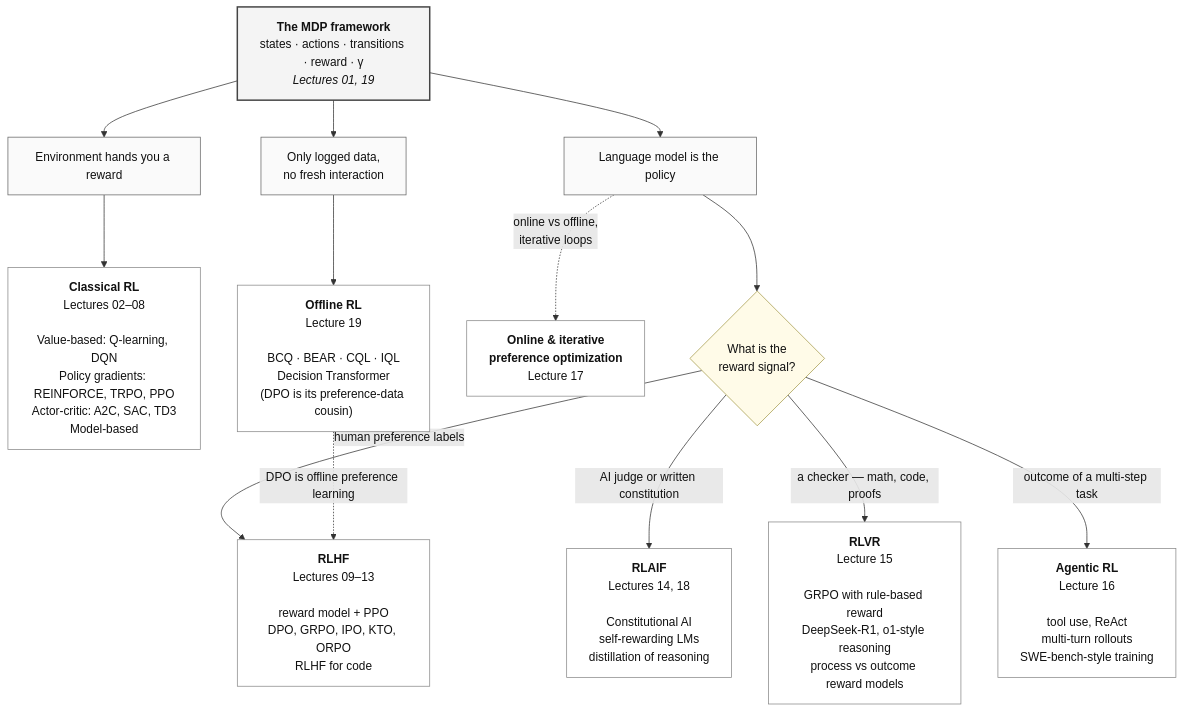
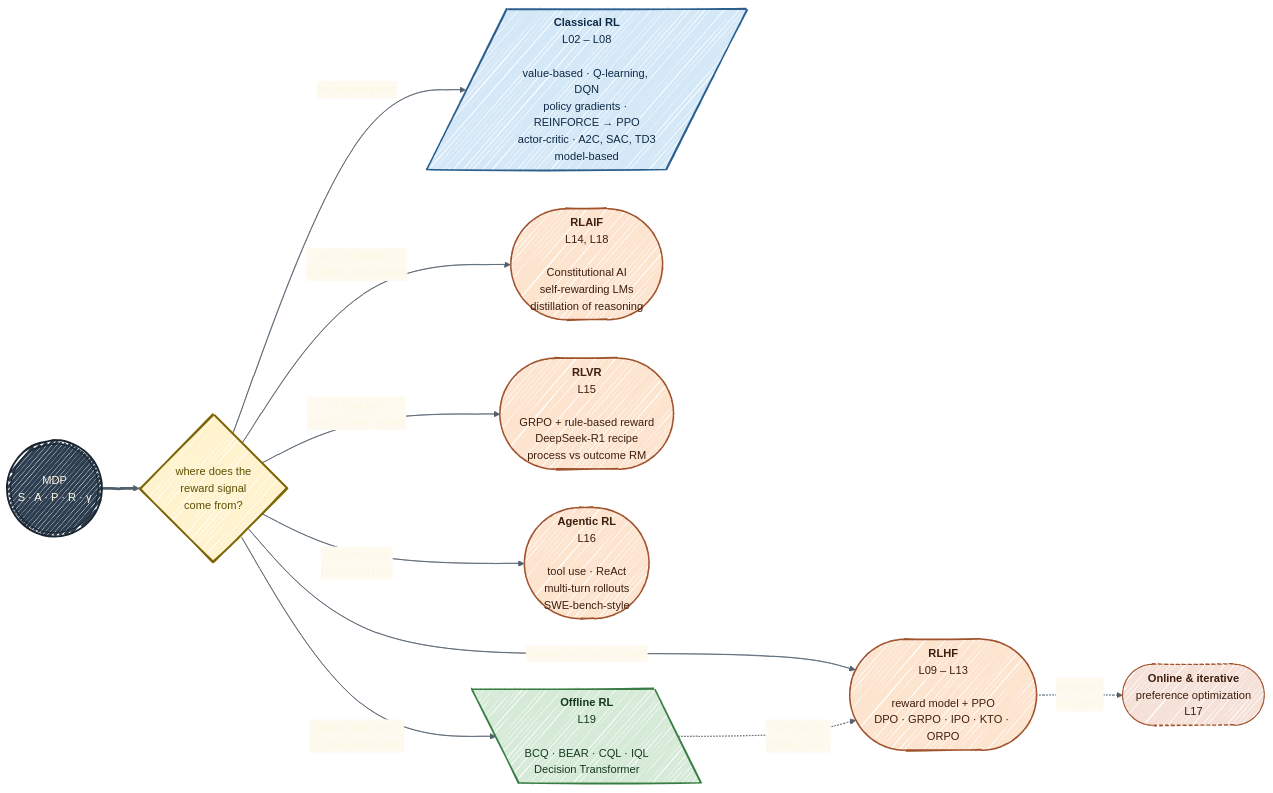
The diagram in readme.md (0bserver07/Study-Reinforcement-Learning), drawn with Mermaid before and after one commit.

Commit message:
readme: redesign the landscape mermaid (hand-drawn look, real shapes, color)
Drops the boring corporate flowchart for something that actually looks
like a diagram a person might draw on a whiteboard.

Changes:
- mermaid `look: handDrawn` for the sketch aesthetic
- shape variety that means something — triple-circle for the MDP root,
  diamond for the central "where's the reward signal?" question,
  trapezoid for classical RL (different mode), stadiums for the LLM-RL
  families, reverse trapezoid for offline
- earth-tone palette (cream / terracotta / sage / ochre) — colors carry
  meaning per mode, not random
- arrow labels carry the framing ("the environment", "human preference
  labels", "a checker — math · code · proofs", etc.) instead of all
  routing through a generic "reward source" node label
- dotted cross-connections for the real relationships people miss
  (online/iterative DPO; DPO as offline preference learning)
- LR layout instead of TD — reads as a journey across the landscape
  rather than a top-down org chart

````diff
--- a/readme.md
+++ b/readme.md
@@ -31,32 +31,51 @@
 ```mermaid
-flowchart TD
-    MDP["<b>The MDP framework</b><br/>states · actions · transitions · reward · γ<br/><i>Lectures 01, 19</i>"]
+---
+config:
+  look: handDrawn
+  theme: base
+  themeVariables:
+    fontFamily: "ui-sans-serif, system-ui, sans-serif"
+    fontSize: "15px"
+    primaryColor: "#fdf6e3"
+    primaryTextColor: "#1f2933"
+    primaryBorderColor: "#586e75"
+    lineColor: "#52606d"
+    edgeLabelBackground: "#fffaf0"
+---
+flowchart LR
+    MDP((("MDP<br/>S · A · P · R · γ")))
 
-    MDP --> ENV["Environment hands you a reward"]
-    MDP --> LLM["Language model is the policy"]
-    MDP --> OFF["Only logged data,<br/>no fresh interaction"]
+    MDP ==> Q{"where does the<br/>reward signal<br/>come from?"}
 
-    ENV --> EClass["<b>Classical RL</b><br/>Lectures 02–08<br/><br/>Value-based: Q-learning, DQN<br/>Policy gradients: REINFORCE, TRPO, PPO<br/>Actor-critic: A2C, SAC, TD3<br/>Model-based"]
+    Q -- the environment --> ENV[/"<b>Classical RL</b><br/>L02 – L08<br/><br/>value-based · Q-learning, DQN<br/>policy gradients · REINFORCE → PPO<br/>actor-critic · A2C, SAC, TD3<br/>model-based"/]
 
-    LLM --> Source{"What is the<br/>reward signal?"}
-    Source -->|"human preference labels"| S1["<b>RLHF</b><br/>Lectures 09–13<br/><br/>reward model + PPO<br/>DPO, GRPO, IPO, KTO, ORPO<br/>RLHF for code"]
-    Source -->|"AI judge or written constitution"| S2["<b>RLAIF</b><br/>Lectures 14, 18<br/><br/>Constitutional AI<br/>self-rewarding LMs<br/>distillation of reasoning"]
-    Source -->|"a checker — math, code, proofs"| S3["<b>RLVR</b><br/>Lecture 15<br/><br/>GRPO with rule-based reward<br/>DeepSeek-R1, o1-style reasoning<br/>process vs outcome reward models"]
-    Source -->|"outcome of a multi-step task"| S4["<b>Agentic RL</b><br/>Lecture 16<br/><br/>tool use, ReAct<br/>multi-turn rollouts<br/>SWE-bench-style training"]
+    Q -- human preference labels --> RLHF(["<b>RLHF</b><br/>L09 – L13<br/><br/>reward model + PPO<br/>DPO · GRPO · IPO · KTO · ORPO"])
 
-    LLM -.->|"online vs offline,<br/>iterative loops"| ITER["<b>Online &amp; iterative<br/>preference optimization</b><br/>Lecture 17"]
+    Q -- an LLM judge or<br/>a written constitution --> RLAIF(["<b>RLAIF</b><br/>L14, L18<br/><br/>Constitutional AI<br/>self-rewarding LMs<br/>distillation of reasoning"])
 
-    OFF --> OFFM["<b>Offline RL</b><br/>Lecture 19<br/><br/>BCQ · BEAR · CQL · IQL<br/>Decision Transformer<br/>(DPO is its preference-data cousin)"]
+    Q -- a checker<br/>math · code · proofs --> RLVR(["<b>RLVR</b><br/>L15<br/><br/>GRPO + rule-based reward<br/>DeepSeek-R1 recipe<br/>process vs outcome RM"])
 
-    OFFM -.->|"DPO is offline preference learning"| S1
+    Q -- outcome of a<br/>multi-step task --> AGT(["<b>Agentic RL</b><br/>L16<br/><br/>tool use · ReAct<br/>multi-turn rollouts<br/>SWE-bench-style"])
 
-    classDef root fill:#f4f4f4,stroke:#444,stroke-width:2px,color:#111
-    classDef branch fill:#fafafa,stroke:#666,color:#111
-    classDef leaf fill:#ffffff,stroke:#888,color:#111
-    classDef question fill:#fffbe8,stroke:#a59a4a,color:#111
+    Q -- logged data only,<br/>no fresh interaction --> OFF[\"<b>Offline RL</b><br/>L19<br/><br/>BCQ · BEAR · CQL · IQL<br/>Decision Transformer"\]
+
+    RLHF -. iterating it
+            on-policy .-> ITER(["<b>Online &amp; iterative</b><br/>preference optimization<br/>L17"])
+
+    OFF -. DPO is its
+           offline cousin .-> RLHF
+
+    classDef root fill:#2c3e50,stroke:#1a252f,stroke-width:3px,color:#fdf6e3
+    classDef question fill:#fff3cd,stroke:#7d6608,stroke-width:2.5px,color:#5d4e00
+    classDef llmfam fill:#fde4cf,stroke:#a0522d,stroke-width:2px,color:#3e1f0f
+    classDef classical fill:#d4e8f7,stroke:#2c5f8d,stroke-width:2px,color:#0f2a47
+    classDef offline fill:#d6ead8,stroke:#3a7d44,stroke-width:2px,color:#143a1f
+    classDef link fill:#f5e1d8,stroke:#a0522d,stroke-width:1.5px,stroke-dasharray:5 3,color:#3e1f0f
 
     class MDP root
-    class ENV,LLM,OFF branch
-    class EClass,S1,S2,S3,S4,ITER,OFFM leaf
-    class Source question
+    class Q question
+    class ENV classical
+    class RLHF,RLAIF,RLVR,AGT llmfam
+    class OFF offline
+    class ITER link
 ```
````
